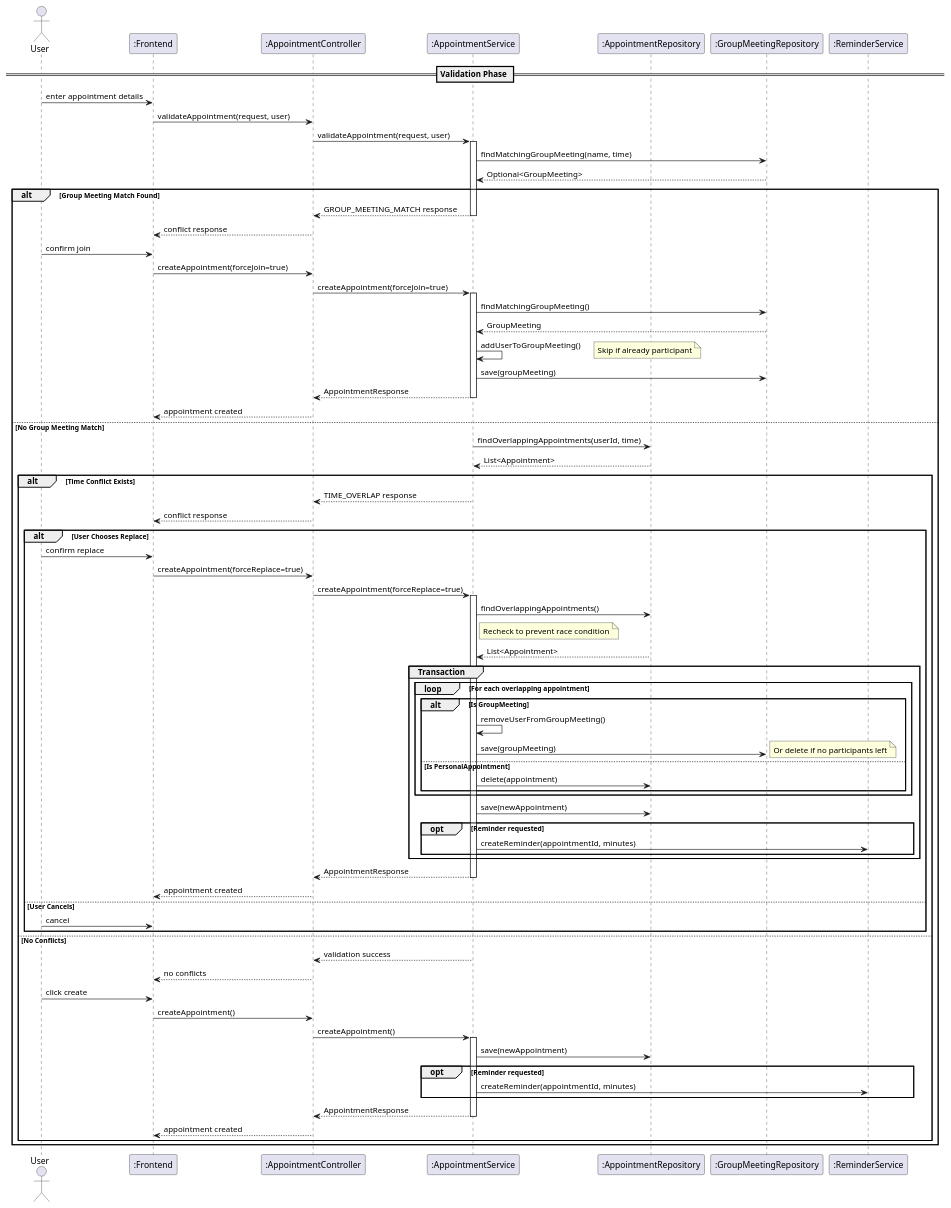
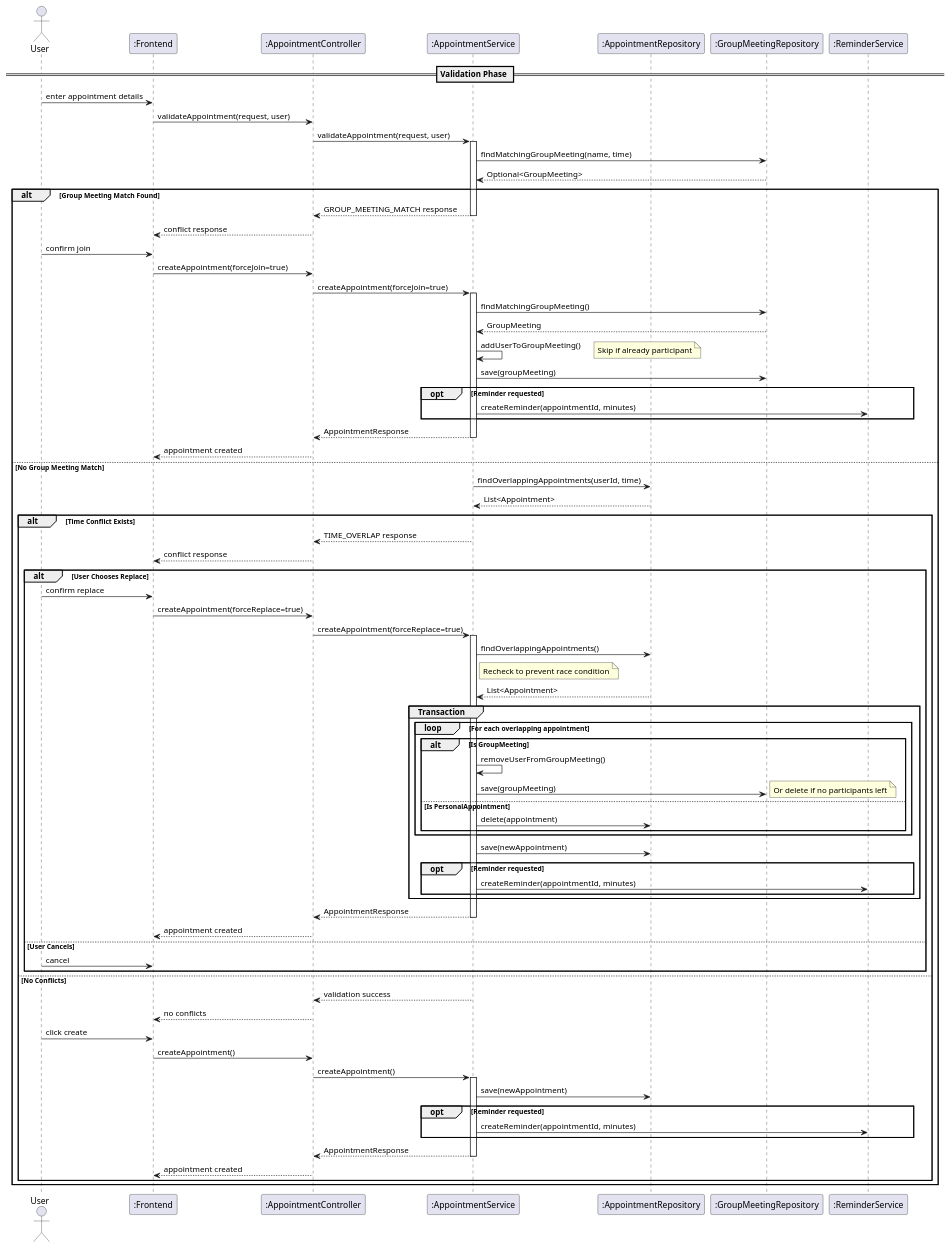
One commit to DamPhuQuy/Make-a-schedule changed the diagram in docs/appointment-creation-flow.puml. Above: the diagram before and after it, drawn with PlantUML. The commit also changed 2 other files, not shown here.

Commit message:
feat: Enhance appointment creation flow with reminder functionality and update documentation

```diff
--- a/docs/appointment-creation-flow.puml
+++ b/docs/appointment-creation-flow.puml
@@ -1,110 +1,114 @@
 @startuml Appointment Creation Flow
 
 actor User
 participant ":Frontend" as Frontend
 participant ":AppointmentController" as Controller
 participant ":AppointmentService" as Service
 participant ":AppointmentRepository" as AppointmentRepo
 participant ":GroupMeetingRepository" as GroupRepo
 participant ":ReminderService" as ReminderService
 
 == Validation Phase ==
 
 User -> Frontend: enter appointment details
 Frontend -> Controller: validateAppointment(request, user)
 Controller -> Service: validateAppointment(request, user)
 activate Service
 
 Service -> GroupRepo: findMatchingGroupMeeting(name, time)
 GroupRepo --> Service: Optional<GroupMeeting>
 
 alt Group Meeting Match Found
 	Service --> Controller: GROUP_MEETING_MATCH response
 	deactivate Service
 	Controller --> Frontend: conflict response
 
 	User -> Frontend: confirm join
 	Frontend -> Controller: createAppointment(forceJoin=true)
 	Controller -> Service: createAppointment(forceJoin=true)
 	activate Service
 
 	Service -> GroupRepo: findMatchingGroupMeeting()
 	GroupRepo --> Service: GroupMeeting
 
 	Service -> Service: addUserToGroupMeeting()
 	note right: Skip if already participant
 
 	Service -> GroupRepo: save(groupMeeting)
+
+	opt Reminder requested
+		Service -> ReminderService: createReminder(appointmentId, minutes)
+	end
 
 	Service --> Controller: AppointmentResponse
 	deactivate Service
 	Controller --> Frontend: appointment created
 
 else No Group Meeting Match
 	Service -> AppointmentRepo: findOverlappingAppointments(userId, time)
 	AppointmentRepo --> Service: List<Appointment>
 
 	alt Time Conflict Exists
 		Service --> Controller: TIME_OVERLAP response
 		deactivate Service
 		Controller --> Frontend: conflict response
 
 		alt User Chooses Replace
 			User -> Frontend: confirm replace
 			Frontend -> Controller: createAppointment(forceReplace=true)
 			Controller -> Service: createAppointment(forceReplace=true)
 			activate Service
 
 			Service -> AppointmentRepo: findOverlappingAppointments()
 			note right of Service: Recheck to prevent race condition
 			AppointmentRepo --> Service: List<Appointment>
 
 			group Transaction
 				loop For each overlapping appointment
 					alt Is GroupMeeting
 						Service -> Service: removeUserFromGroupMeeting()
 						Service -> GroupRepo: save(groupMeeting)
 						note right: Or delete if no participants left
 					else Is PersonalAppointment
 						Service -> AppointmentRepo: delete(appointment)
 					end
 				end
 
 				Service -> AppointmentRepo: save(newAppointment)
 
 				opt Reminder requested
 					Service -> ReminderService: createReminder(appointmentId, minutes)
 				end
 			end
 
 			Service --> Controller: AppointmentResponse
 			deactivate Service
 			Controller --> Frontend: appointment created
 
 		else User Cancels
 			User -> Frontend: cancel
 		end
 
 	else No Conflicts
 		Service --> Controller: validation success
 		deactivate Service
 		Controller --> Frontend: no conflicts
 
 		User -> Frontend: click create
 		Frontend -> Controller: createAppointment()
 		Controller -> Service: createAppointment()
 		activate Service
 
 		Service -> AppointmentRepo: save(newAppointment)
 
 		opt Reminder requested
 			Service -> ReminderService: createReminder(appointmentId, minutes)
 		end
 
 		Service --> Controller: AppointmentResponse
 		deactivate Service
 		Controller --> Frontend: appointment created
 	end
 end
 
 @enduml
```
